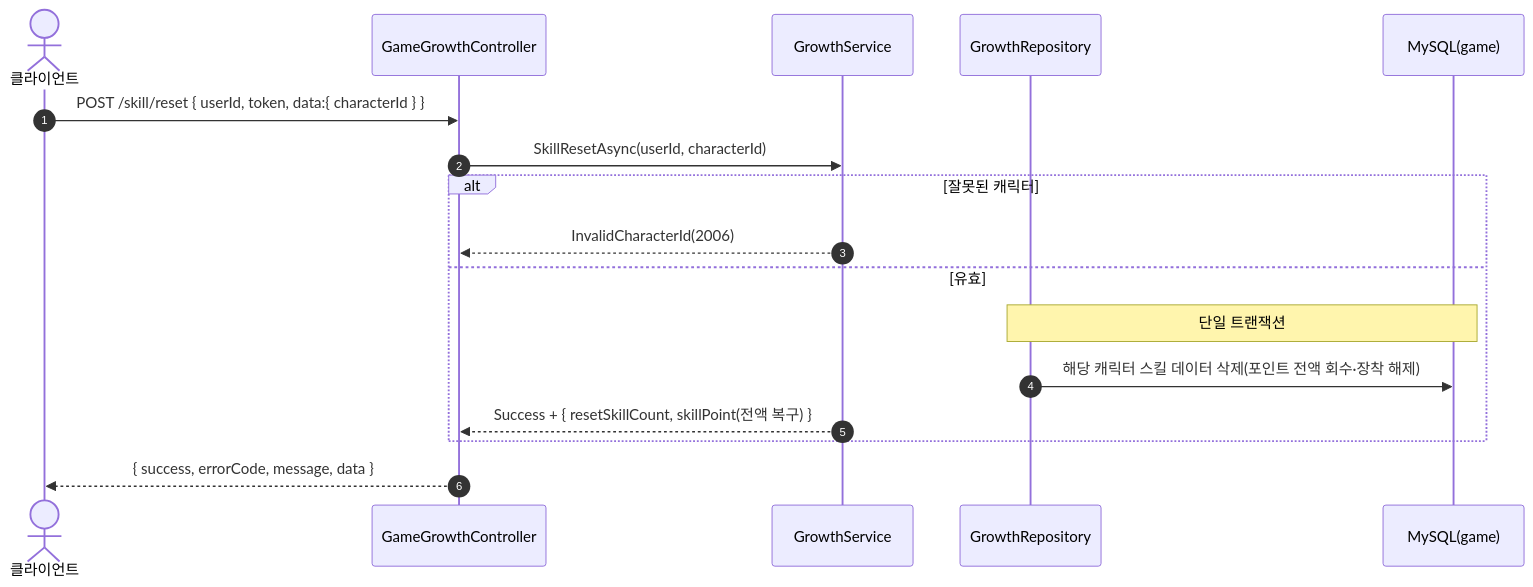
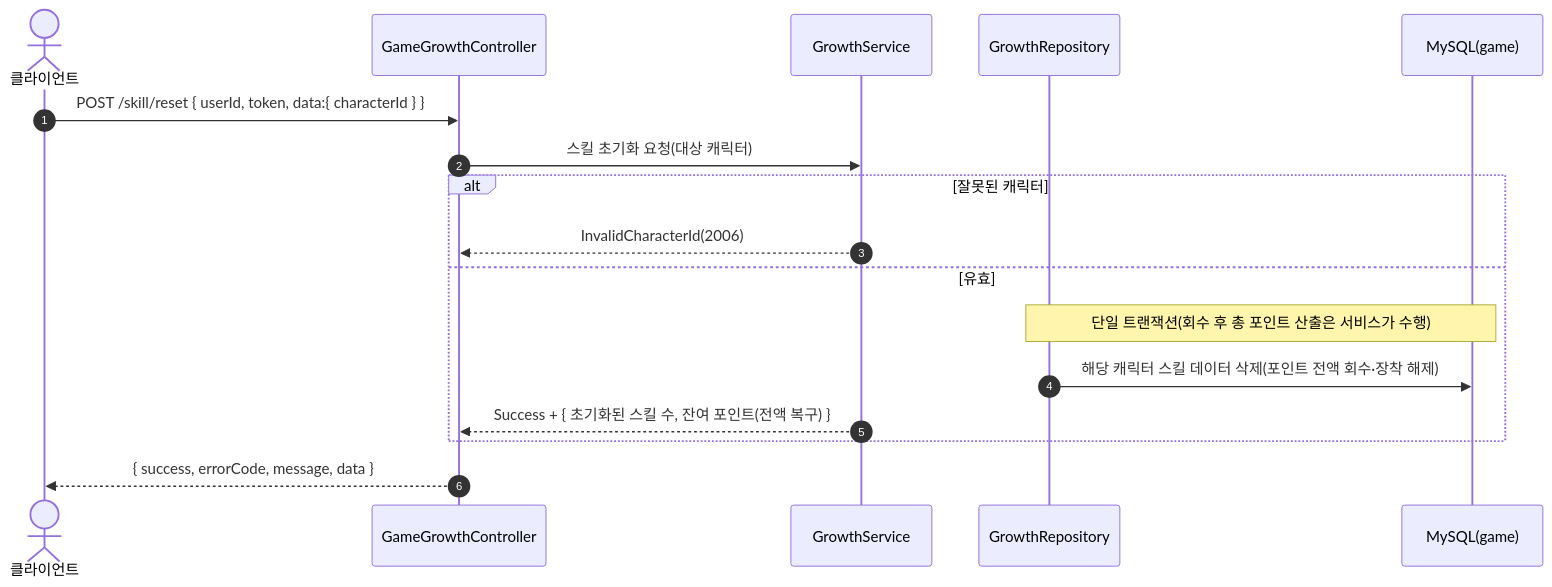
The second of 4 diagrams in SequenceDiagram/GameGrowthController.md (ks-wook/com2us-taskbar-hero), drawn with Mermaid before and after one commit. The commit also changed other lines of this file and 7 other files, not shown here.

Commit message:
시퀀스 다이어그램 수정

````diff
--- a/SequenceDiagram/GameGrowthController.md
+++ b/SequenceDiagram/GameGrowthController.md
@@ -42,20 +42,20 @@
 ```mermaid
 sequenceDiagram
     autonumber
     actor C as 클라이언트
     participant Ctrl as GameGrowthController
     participant Svc as GrowthService
     participant Repo as GrowthRepository
     participant DB as MySQL(game)
 
     C->>Ctrl: POST /skill/reset { userId, token, data:{ characterId } }
-    Ctrl->>Svc: SkillResetAsync(userId, characterId)
+    Ctrl->>Svc: 스킬 초기화 요청(대상 캐릭터)
     alt 잘못된 캐릭터
         Svc-->>Ctrl: InvalidCharacterId(2006)
     else 유효
-        Note over Repo,DB: 단일 트랜잭션
+        Note over Repo,DB: 단일 트랜잭션(회수 후 총 포인트 산출은 서비스가 수행)
         Repo->>DB: 해당 캐릭터 스킬 데이터 삭제(포인트 전액 회수·장착 해제)
-        Svc-->>Ctrl: Success + { resetSkillCount, skillPoint(전액 복구) }
+        Svc-->>Ctrl: Success + { 초기화된 스킬 수, 잔여 포인트(전액 복구) }
     end
     Ctrl-->>C: { success, errorCode, message, data }
 ```
````
